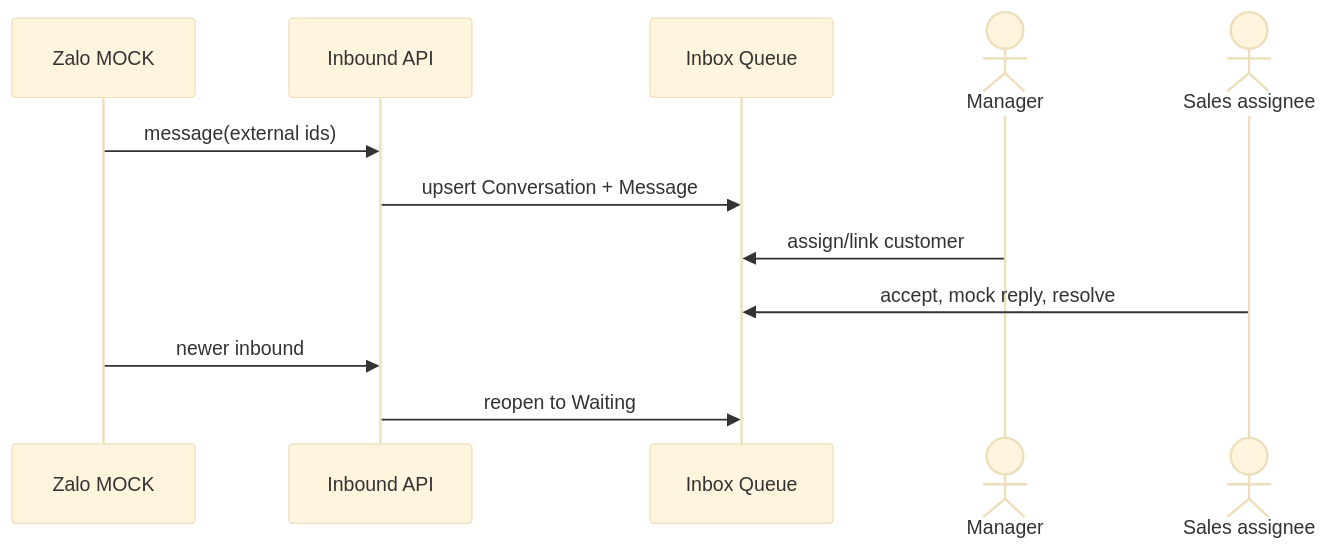
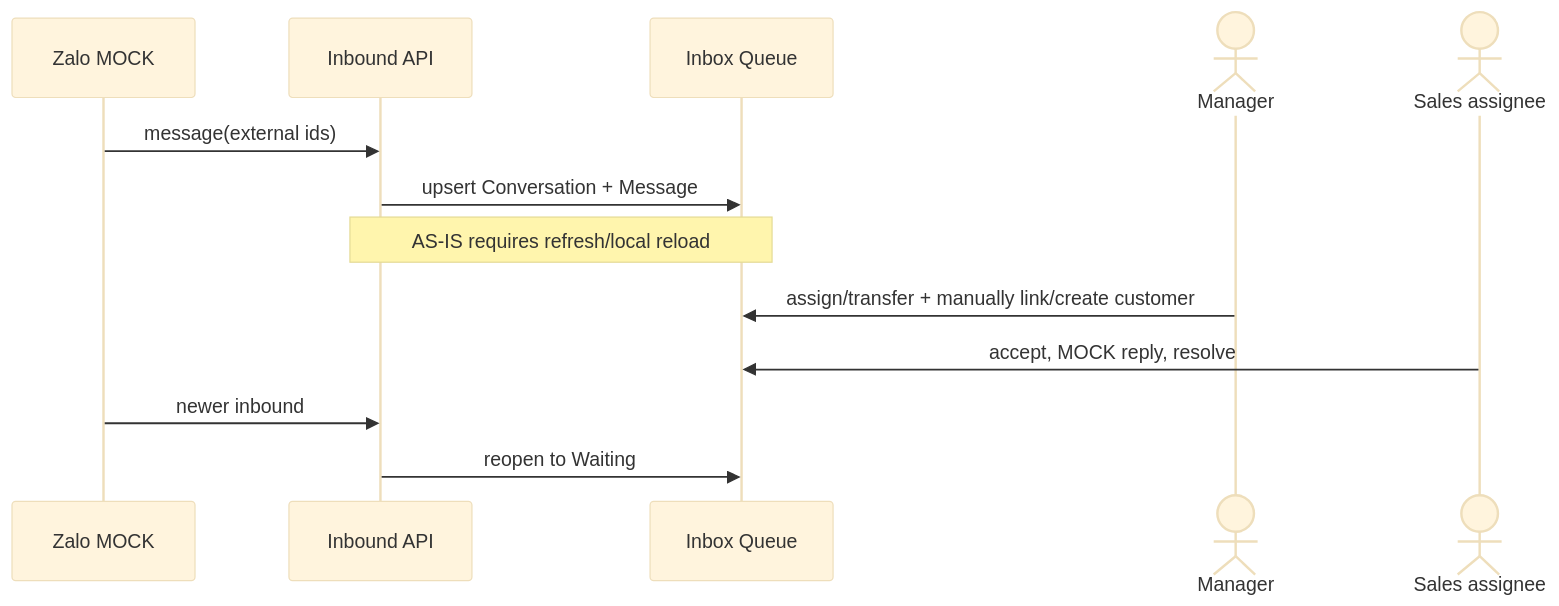
The diagram in docs/workflows/WF_04_ZALO_CARE.md (TuyenVont/doublet_crm), drawn with Mermaid (base theme) before and after one commit. The commit also changed other lines of this file and 45 other files, not shown here.

````diff
--- a/docs/workflows/WF_04_ZALO_CARE.md
+++ b/docs/workflows/WF_04_ZALO_CARE.md
@@ -11,14 +13,15 @@
 ```mermaid
 sequenceDiagram
   participant OA as Zalo MOCK
   participant I as Inbound API
   participant Q as Inbox Queue
   actor M as Manager
   actor S as Sales assignee
   OA->>I: message(external ids)
   I->>Q: upsert Conversation + Message
-  M->>Q: assign/link customer
-  S->>Q: accept, mock reply, resolve
+  Note over I,Q: AS-IS requires refresh/local reload
+  M->>Q: assign/transfer + manually link/create customer
+  S->>Q: accept, MOCK reply, resolve
   OA->>I: newer inbound
   I->>Q: reopen to Waiting
 ```
````
